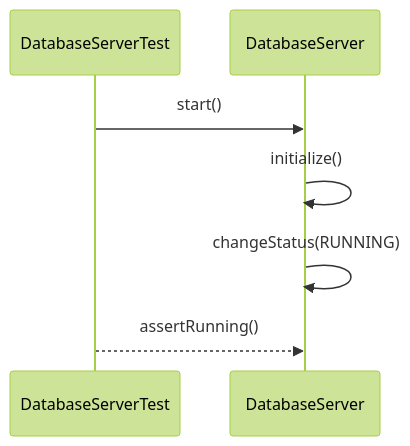
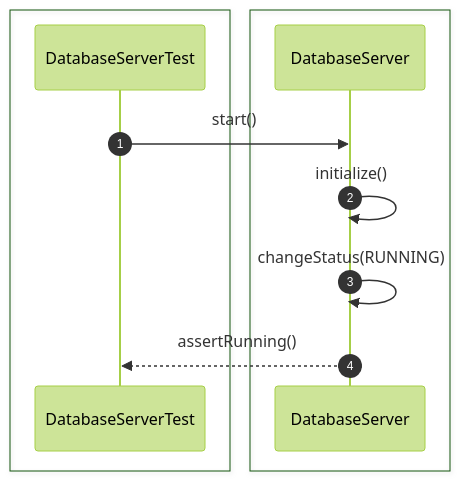
One commit to Huy1801214/dbms-architecture changed the first of 52 diagrams in src/sequence/db-server.md. Above: the diagram before and after it, drawn with Mermaid (forest theme). The commit also changed other lines of this file and 10 other files, not shown here.

Commit message:
add comprehensive sequence diagrams and documentation for system architecture and unit testing specifications

````diff
--- a/src/sequence/db-server.md
+++ b/src/sequence/db-server.md
@@ -4,10 +6,16 @@
 ```mermaid
 sequenceDiagram
+    autonumber
+
+    box #e1f5fe Test Suite
     participant Test as DatabaseServerTest
+    end
+    box #e3f2fd Server Managers
     participant Server as DatabaseServer
+    end
 
     Test->>Server: start()
     Server->>Server: initialize()
     Server->>Server: changeStatus(RUNNING)
-    Test-->>Server: assertRunning()
+    Server-->>Test: assertRunning()
 ```
````
